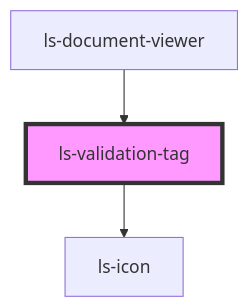
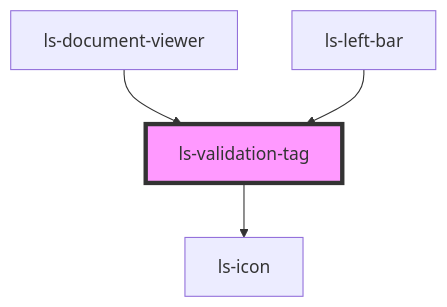
Before and after one commit to legalesign/ls-document-viewer: the diagram in src/components/ls-validation-tag/readme.md, drawn with Mermaid. The commit also changed other lines of this file and 19 other files, not shown here.

````diff
--- a/src/components/ls-validation-tag/readme.md
+++ b/src/components/ls-validation-tag/readme.md
@@ -37,6 +38,7 @@
 ```mermaid
 graph TD;
   ls-validation-tag --> ls-icon
   ls-document-viewer --> ls-validation-tag
+  ls-left-bar --> ls-validation-tag
   style ls-validation-tag fill:#f9f,stroke:#333,stroke-width:4px
 ```
````
